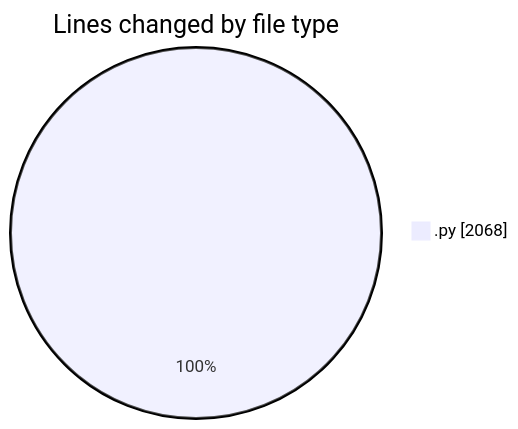
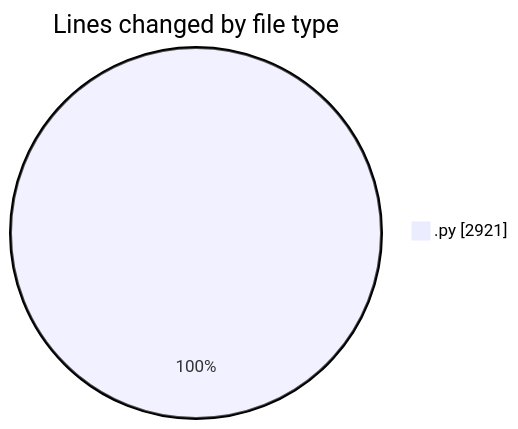
One commit to FelipKnott/code-tracking changed the first of 2 diagrams in 2025-07-02/cursor/README.md. Above: the diagram before and after it, drawn with Mermaid. The commit also changed other lines of this file and 1 other file, not shown here.

````diff
--- a/2025-07-02/cursor/README.md
+++ b/2025-07-02/cursor/README.md
@@ -23,5 +35,5 @@
 ```mermaid
 pie showData
 title Lines changed by file type
-".py" : 2068
+".py" : 2921
 ```
````
